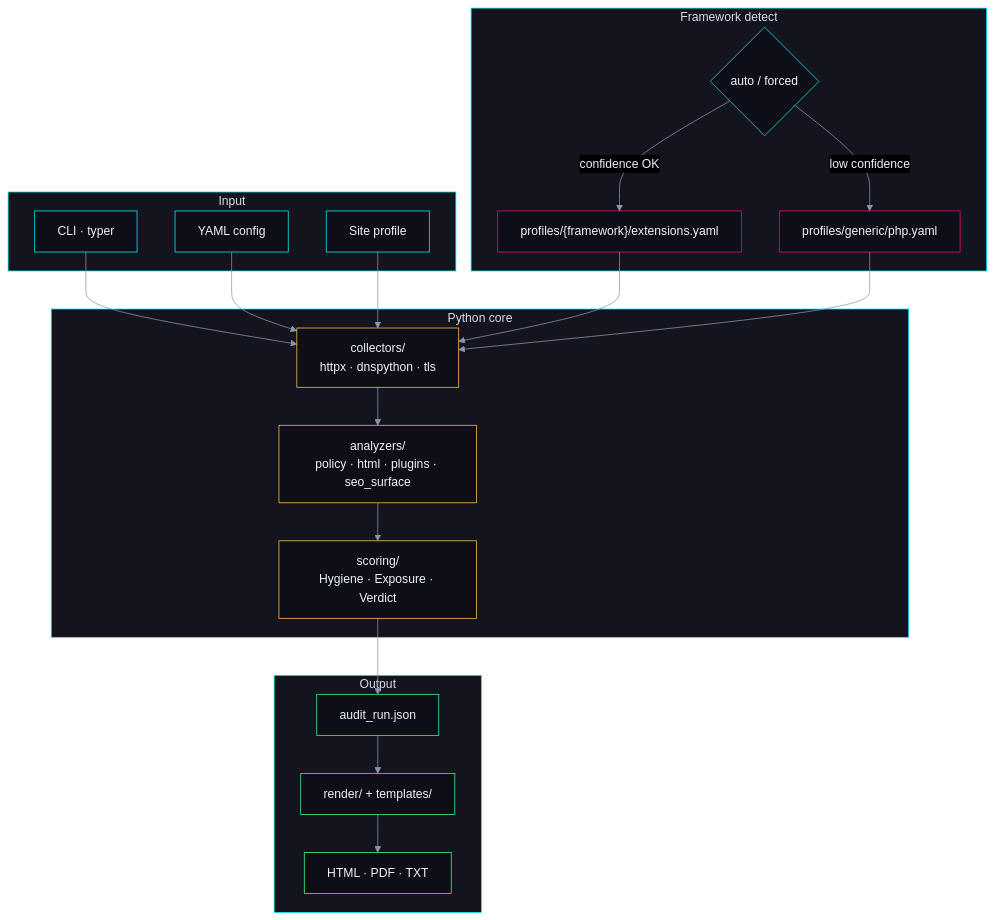
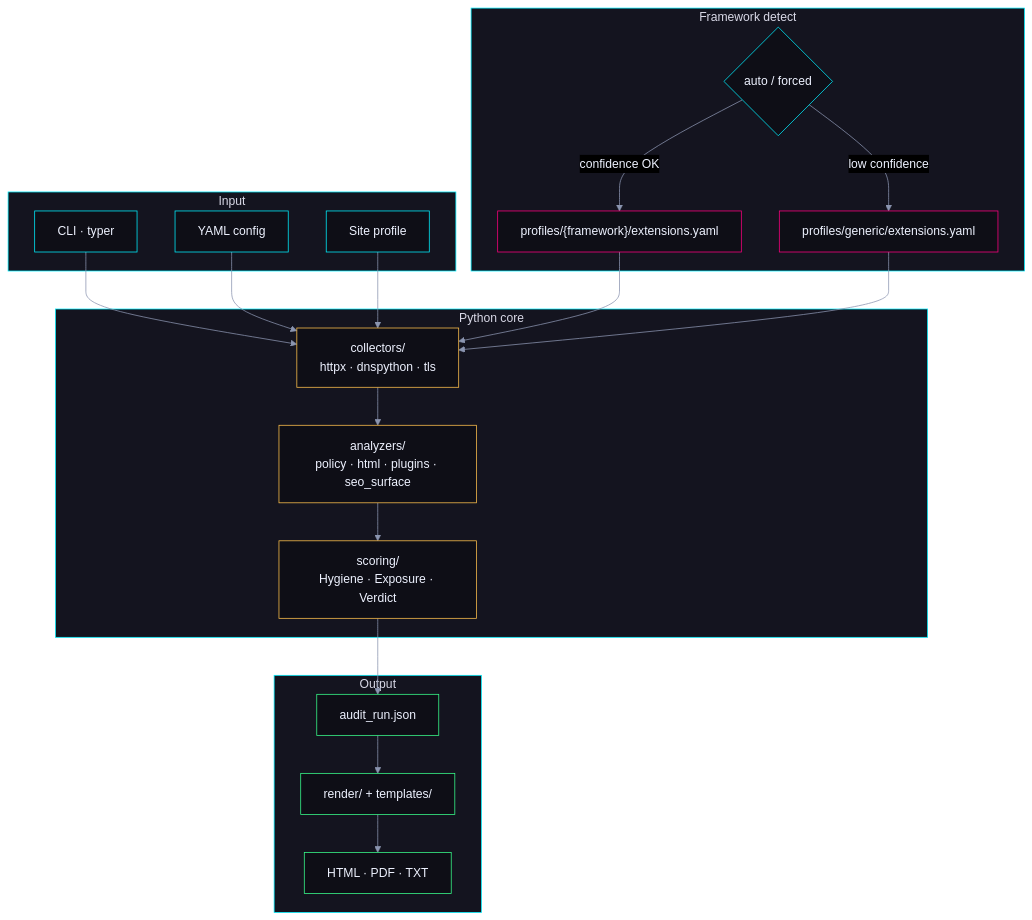
The fifth of 7 diagrams in v2_python_core/docs/diagrams.md (Vlad-1618M/web_audit), drawn with Mermaid before and after one commit. The commit also changed other lines of this file and 120 other files, not shown here.

````diff
--- a/v2_python_core/docs/diagrams.md
+++ b/v2_python_core/docs/diagrams.md
@@ -130,49 +130,49 @@
 ```mermaid
 %%{init: {'theme': 'base', 'themeVariables': {'darkMode': true, 'background': '#030306', 'primaryColor': '#0e0e16', 'primaryTextColor': '#eef2ff', 'primaryBorderColor': '#00f0ff', 'clusterBkg': '#14141f', 'clusterBorder': '#00f0ff', 'lineColor': '#8b95b0'}}}%%
 flowchart TB
   subgraph IN["Input"]
     CLI["CLI · typer"]
     CFG["YAML config"]
     SITE["Site profile"]
   end
 
   subgraph DETECT["Framework detect"]
     FW{"auto / forced"}
     PROF["profiles/{framework}/extensions.yaml"]
-    GEN["profiles/generic/php.yaml"]
+    GEN["profiles/generic/extensions.yaml"]
   end
 
   subgraph CORE["Python core"]
     COL["collectors/<br/>httpx · dnspython · tls"]
     AN["analyzers/<br/>policy · html · plugins · seo_surface"]
     SC["scoring/<br/>Hygiene · Exposure · Verdict"]
   end
 
   subgraph OUT["Output"]
     JSON["audit_run.json"]
     REN["render/ + templates/"]
     HTML["HTML · PDF · TXT"]
   end
 
   CLI --> COL
   CFG --> COL
   SITE --> COL
   FW -->|confidence OK| PROF
   FW -->|low confidence| GEN
   PROF --> COL
   GEN --> COL
   COL --> AN
   AN --> SC
   SC --> JSON
   JSON --> REN
   REN --> HTML
 
   classDef cyan fill:#0e0e16,stroke:#00f0ff,color:#eef2ff
   classDef magenta fill:#0e0e16,stroke:#ff0080,color:#eef2ff
   classDef gold fill:#0e0e16,stroke:#ffc14d,color:#eef2ff
   classDef lime fill:#0e0e16,stroke:#39ff8c,color:#eef2ff
   class CLI,CFG,SITE cyan
   class PROF,GEN magenta
   class COL,AN,SC gold
   class JSON,REN,HTML lime
 ```
````
